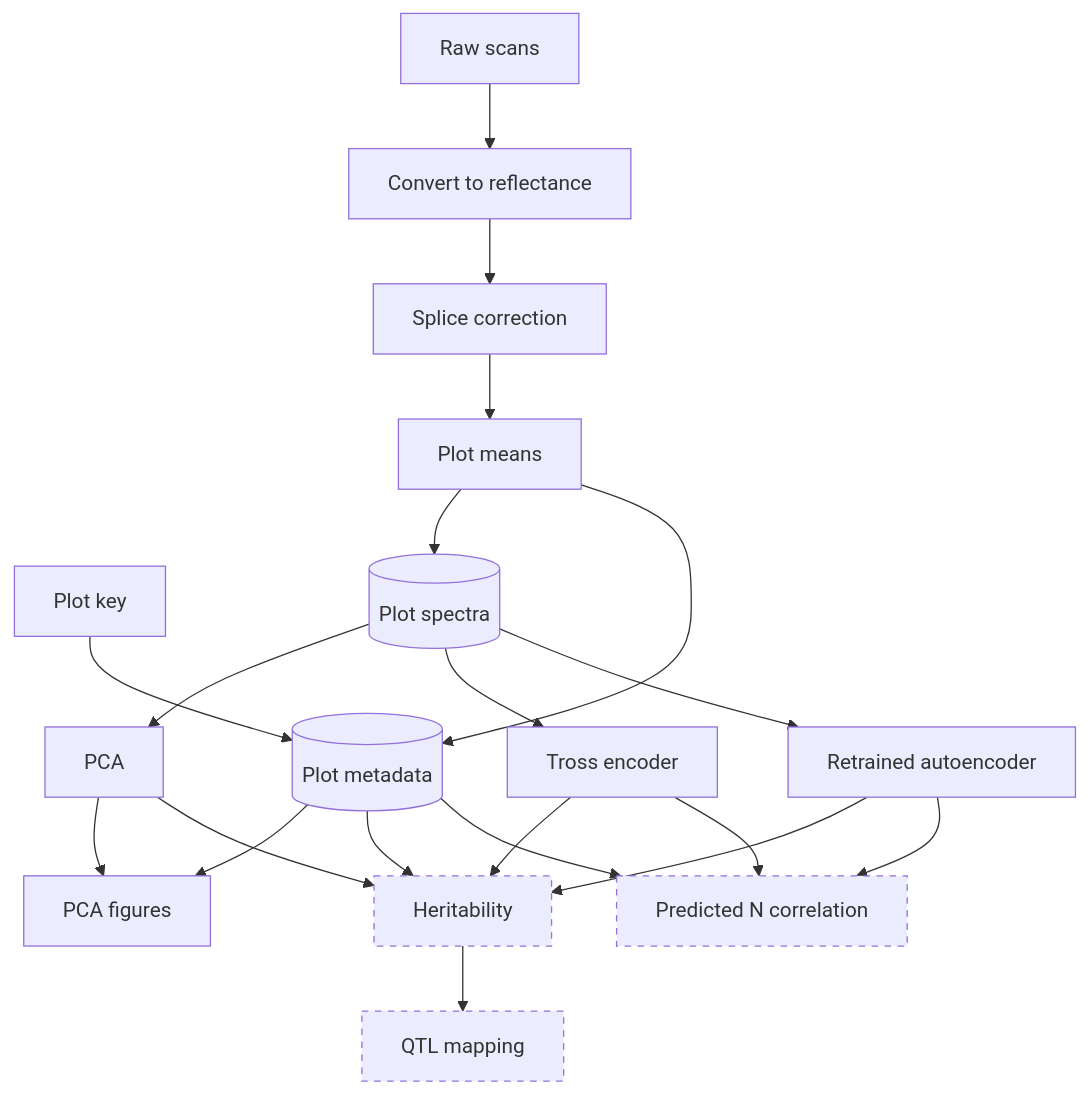
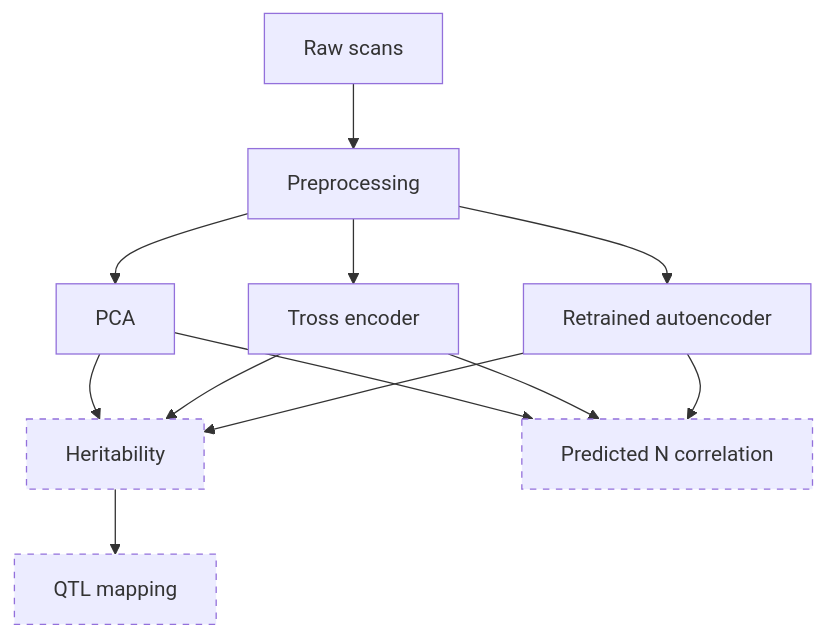
Before and after one commit to HannahPil/HypeSpec: the diagram in README.md, drawn with Mermaid.

Commit message:
README: simplify flowchart

````diff
--- a/README.md
+++ b/README.md
@@ -11,28 +11,19 @@
 ```mermaid
 flowchart TD
-    A["Raw scans"] --> B["Convert to reflectance"]
-    B --> C["Splice correction"]
-    C --> C2["Plot means"]
-    M["Plot key"] --> E
-    C2 --> D[("Plot spectra")]
-    C2 --> E[("Plot metadata")]
+    A["Raw scans"] --> B["Preprocessing"]
 
-    D --> P["PCA"]
-    D --> T["Tross encoder"]
-    D --> R["Retrained autoencoder"]
-
-    P --> P2["PCA figures"]
-    E --> P2
+    B --> P["PCA"]
+    B --> T["Tross encoder"]
+    B --> R["Retrained autoencoder"]
 
     P --> H["Heritability"]
     T --> H
     R --> H
-    E --> H
     H --> Q["QTL mapping"]
-    E --> G["Predicted N correlation"]
+    P --> G["Predicted N correlation"]
     T --> G
     R --> G
 
     classDef planned stroke-dasharray: 5 5
     class H,Q,G planned
 ```
````
